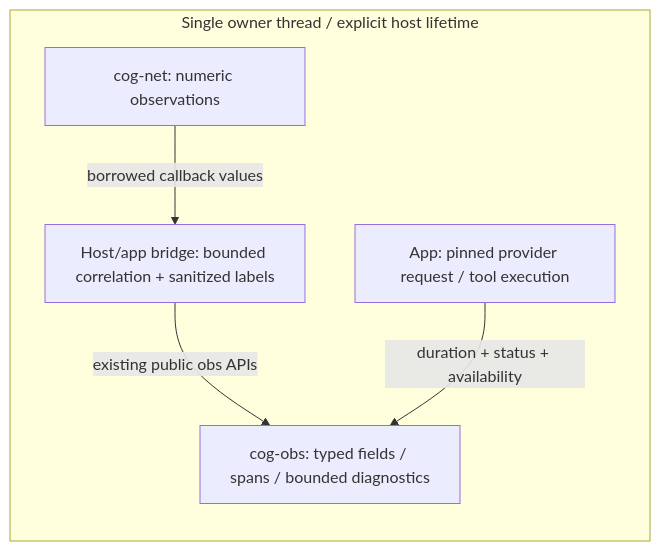
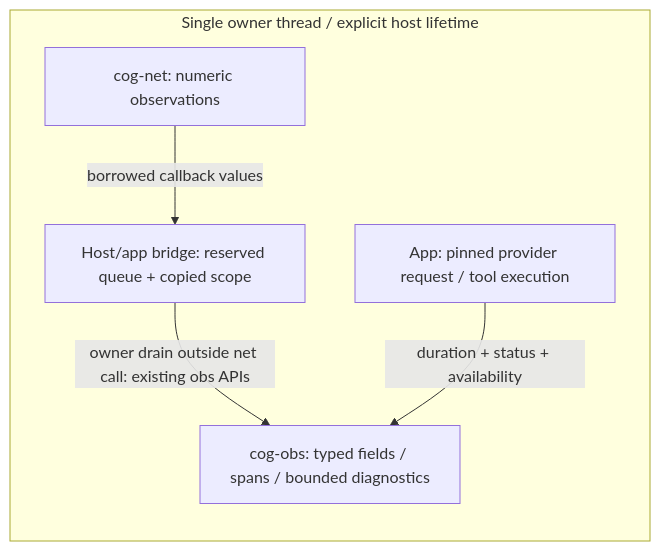
The diagram in docs/REAL_CLIENT_OBSERVABILITY_CONTRACTS.md (PortableWeasel/cog), drawn with Mermaid before and after one commit. The commit also changed other lines of this file and 3 other files, not shown here.

Commit message:
design(net): separate bounded observation enqueue from owner sink delivery

````diff
--- a/docs/REAL_CLIENT_OBSERVABILITY_CONTRACTS.md
+++ b/docs/REAL_CLIENT_OBSERVABILITY_CONTRACTS.md
@@ -23,11 +23,11 @@
 ```mermaid
 flowchart LR
   subgraph Host[Single owner thread / explicit host lifetime]
     NET[cog-net: numeric observations]
-    BRIDGE[Host/app bridge: bounded correlation + sanitized labels]
+    BRIDGE[Host/app bridge: reserved queue + copied scope]
     OBS[cog-obs: typed fields / spans / bounded diagnostics]
     NET -->|borrowed callback values| BRIDGE
-    BRIDGE -->|existing public obs APIs| OBS
+    BRIDGE -->|owner drain outside net call: existing obs APIs| OBS
     APP[App: pinned provider request / tool execution] -->|duration + status + availability| OBS
   end
 ```
````
